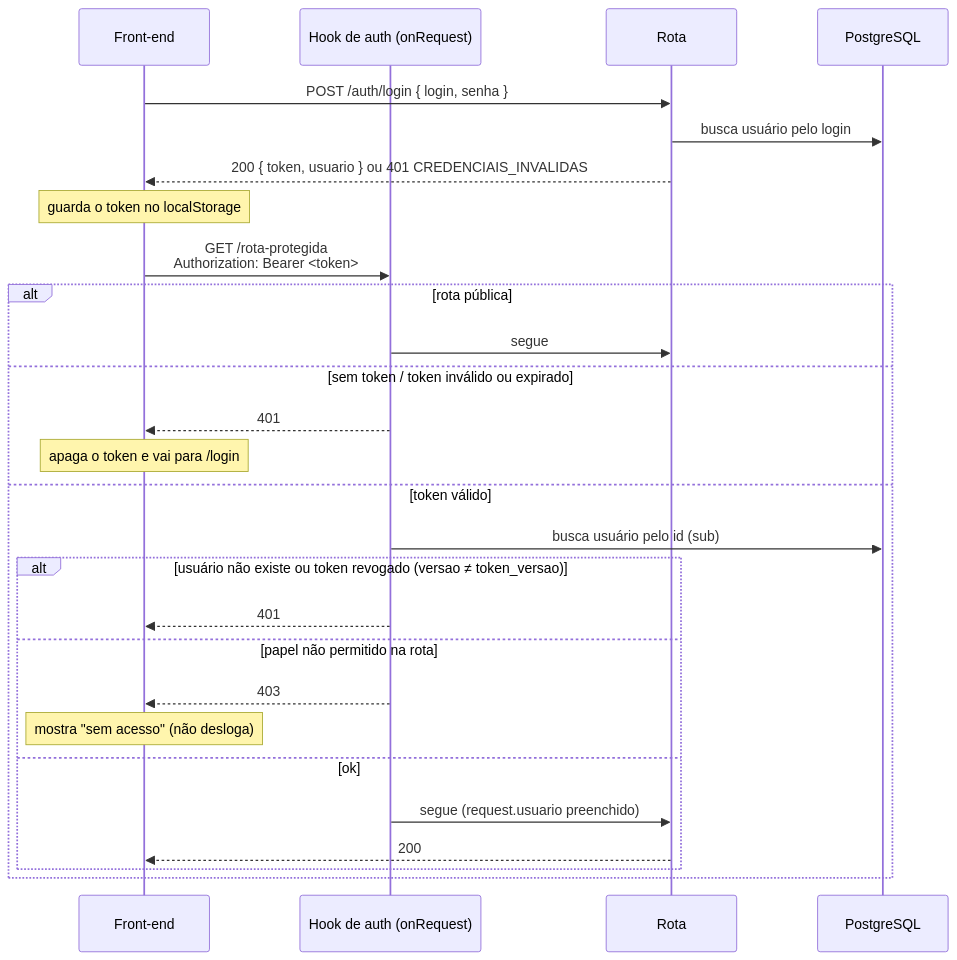
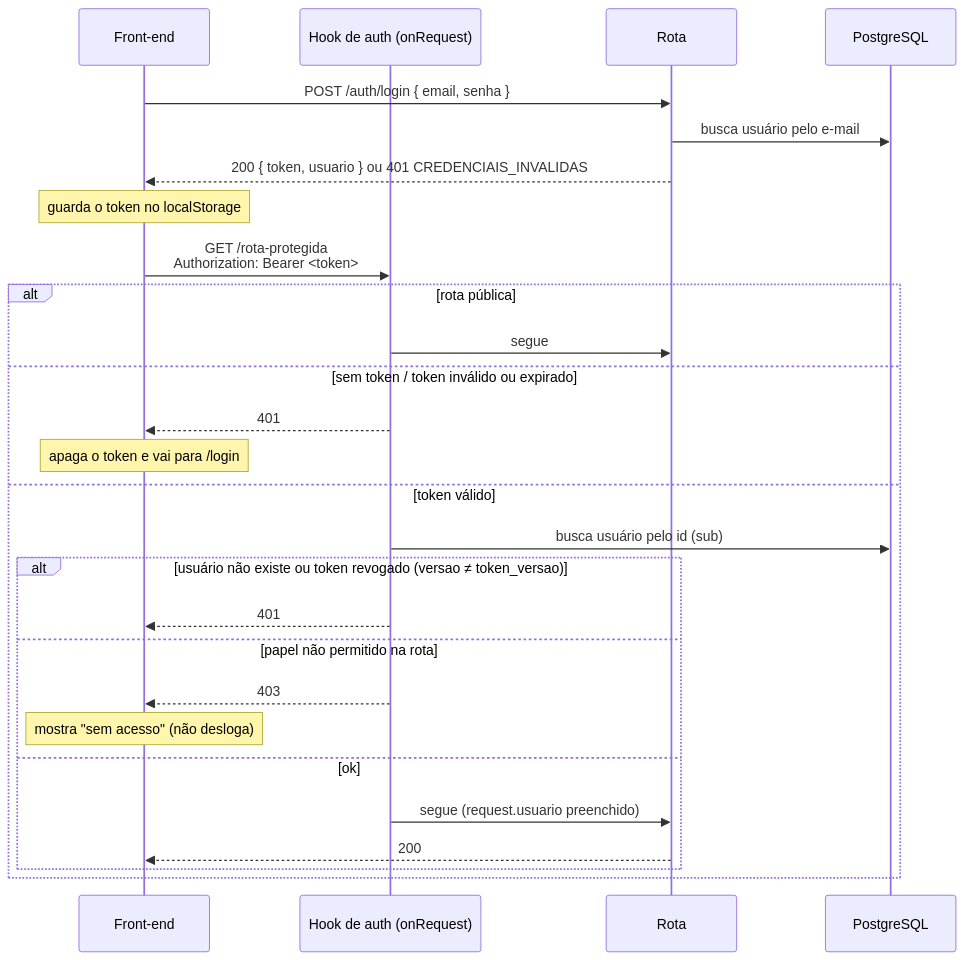
The diagram in docs/autenticacao.md (cdghubinatel/SefiTeam-Versao-2), drawn with Mermaid before and after one commit. The commit also changed other lines of this file and 7 other files, not shown here.

Commit message:
docs: document e-mail login, accepted password risk, coverage threshold and audit finding

````diff
--- a/docs/autenticacao.md
+++ b/docs/autenticacao.md
@@ -7,31 +7,31 @@
 ```mermaid
 sequenceDiagram
     participant F as Front-end
     participant H as Hook de auth (onRequest)
     participant R as Rota
     participant DB as PostgreSQL
 
-    F->>R: POST /auth/login { login, senha }
-    R->>DB: busca usuário pelo login
+    F->>R: POST /auth/login { email, senha }
+    R->>DB: busca usuário pelo e-mail
     R-->>F: 200 { token, usuario } ou 401 CREDENCIAIS_INVALIDAS
     Note over F: guarda o token no localStorage
 
     F->>H: GET /rota-protegida<br/>Authorization: Bearer <token>
     alt rota pública
         H->>R: segue
     else sem token / token inválido ou expirado
         H-->>F: 401
         Note over F: apaga o token e vai para /login
     else token válido
         H->>DB: busca usuário pelo id (sub)
         alt usuário não existe ou token revogado (versao ≠ token_versao)
             H-->>F: 401
         else papel não permitido na rota
             H-->>F: 403
             Note over F: mostra "sem acesso" (não desloga)
         else ok
             H->>R: segue (request.usuario preenchido)
             R-->>F: 200
         end
     end
 ```
````
